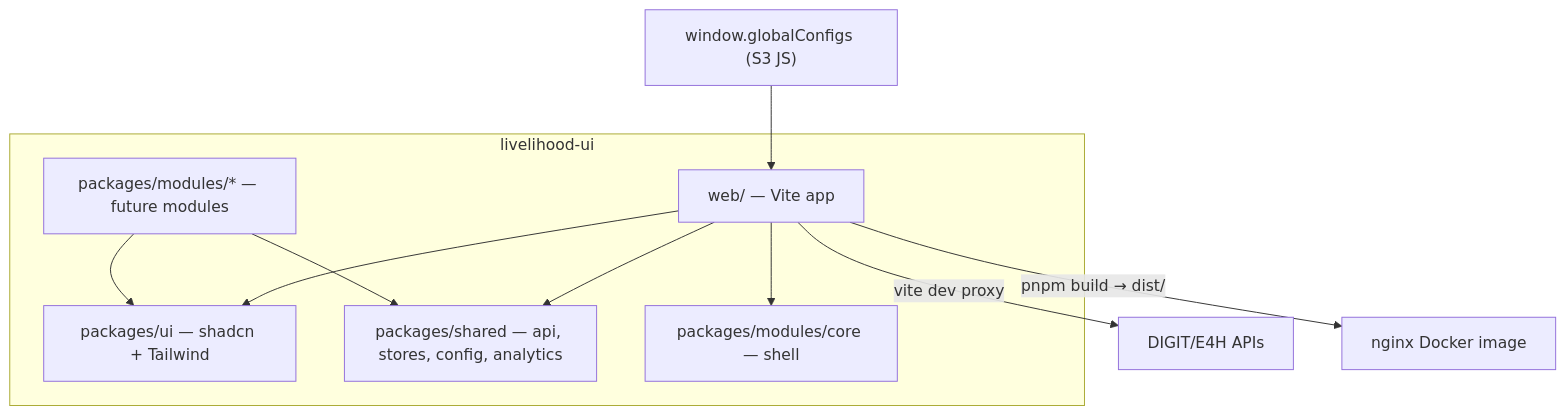
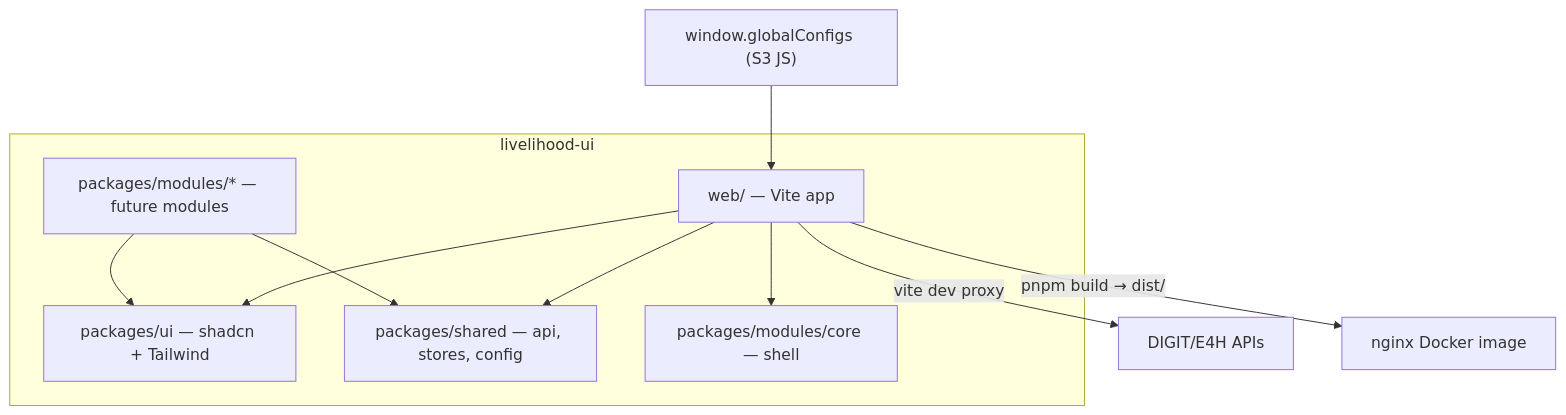
Before and after one commit to Selco-Foundation/Selco-Livelihood: the diagram in frontend/.cursor/plans/livelihood_ui_scaffold_65ea394a.plan.md, drawn with Mermaid. The commit also changed other lines of this file and 13 other files, not shown here.

````diff
--- a/frontend/.cursor/plans/livelihood_ui_scaffold_65ea394a.plan.md
+++ b/frontend/.cursor/plans/livelihood_ui_scaffold_65ea394a.plan.md
@@ -64,23 +64,23 @@
 ```mermaid
 flowchart TB
   subgraph livelihoodUI [livelihood-ui]
     WebApp["web/ — Vite app"]
     UI["packages/ui — shadcn + Tailwind"]
-    Shared["packages/shared — api, stores, config, analytics"]
+    Shared["packages/shared — api, stores, config"]
     Core["packages/modules/core — shell"]
     FutureMods["packages/modules/* — future modules"]
   end
 
   GlobalCfg["window.globalConfigs (S3 JS)"]
   DigitAPI["DIGIT/E4H APIs"]
   Nginx["nginx Docker image"]
 
   WebApp --> UI
   WebApp --> Shared
   WebApp --> Core
   FutureMods --> UI
   FutureMods --> Shared
   GlobalCfg --> WebApp
   WebApp -->|"vite dev proxy"| DigitAPI
   WebApp -->|"pnpm build → dist/"| Nginx
 ```
````
